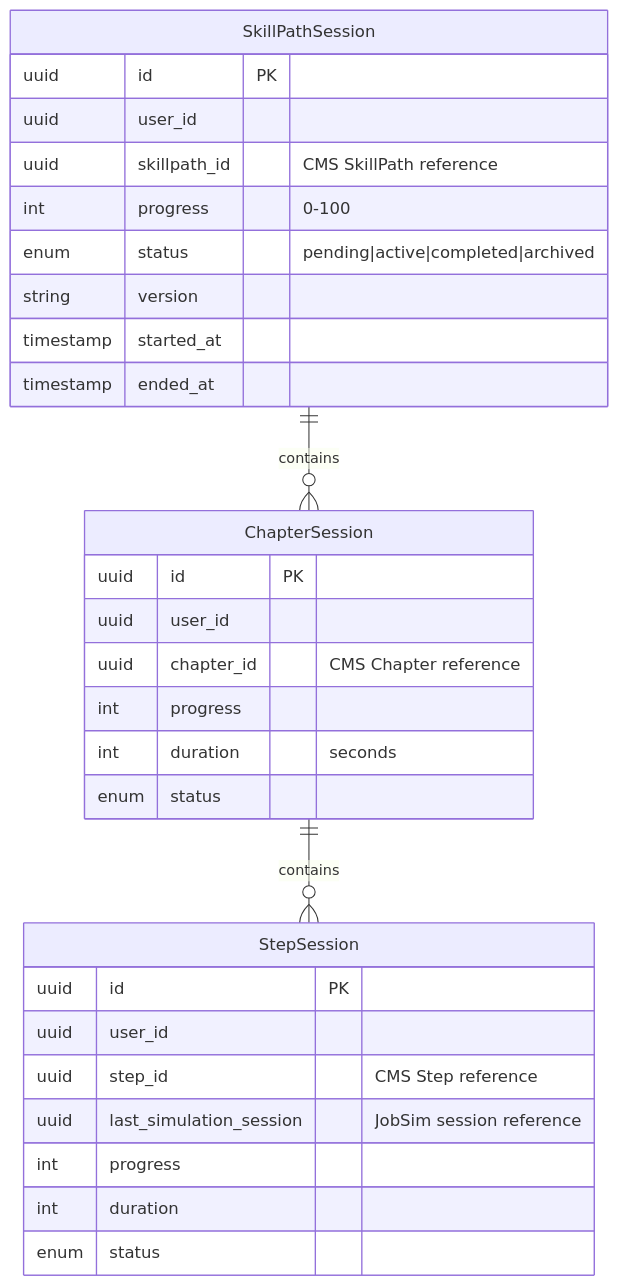
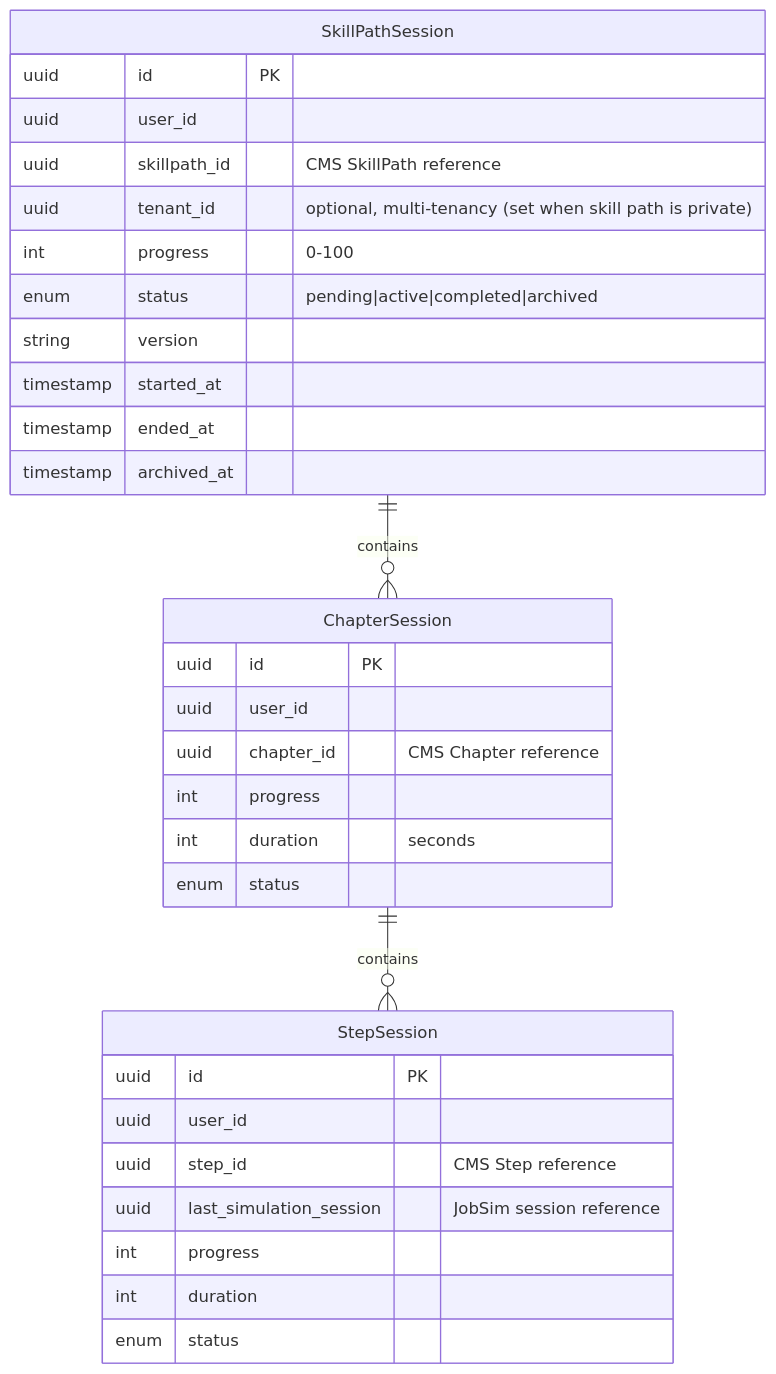
The first of 2 diagrams in corpus/services/skillpath.md (anthropos-work/rosetta), drawn with Mermaid before and after one commit. The commit also changed other lines of this file and 28 other files, not shown here.

````diff
--- a/corpus/services/skillpath.md
+++ b/corpus/services/skillpath.md
@@ -35,35 +35,37 @@
 ```mermaid
 erDiagram
     SkillPathSession ||--o{ ChapterSession : contains
     ChapterSession ||--o{ StepSession : contains
 
     SkillPathSession {
         uuid id PK
         uuid user_id
         uuid skillpath_id "CMS SkillPath reference"
+        uuid tenant_id "optional, multi-tenancy (set when skill path is private)"
         int progress "0-100"
         enum status "pending|active|completed|archived"
         string version
         timestamp started_at
         timestamp ended_at
+        timestamp archived_at
     }
 
     ChapterSession {
         uuid id PK
         uuid user_id
         uuid chapter_id "CMS Chapter reference"
         int progress
         int duration "seconds"
         enum status
     }
 
     StepSession {
         uuid id PK
         uuid user_id
         uuid step_id "CMS Step reference"
         uuid last_simulation_session "JobSim session reference"
         int progress
         int duration
         enum status
     }
 ```
````
